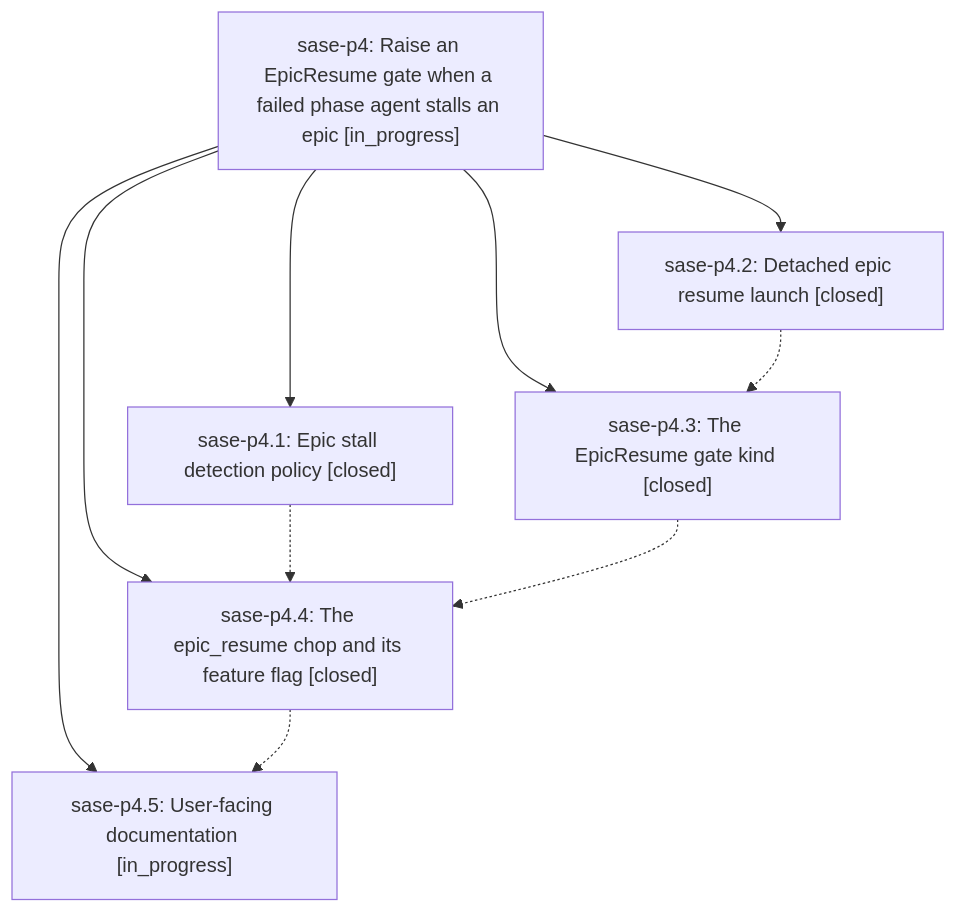
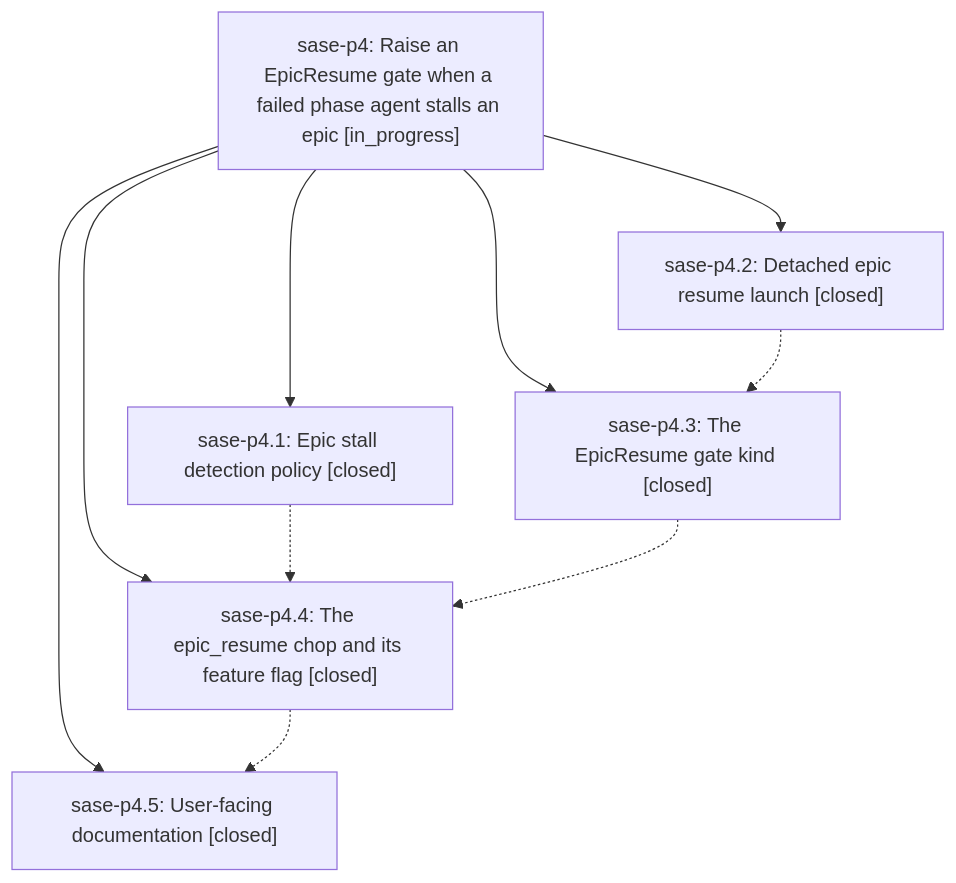
The diagram in pages/sase-p4/README.md (sase-org/sase--beads), drawn with Mermaid before and after one commit. The commit also changed other lines of this file and 2 other files, not shown here.

First line of the commit message:
chore(beads): sync bead state and pages for sase-p4

````diff
--- a/pages/sase-p4/README.md
+++ b/pages/sase-p4/README.md
@@ -47,18 +47,18 @@
 ```mermaid
 flowchart TD
     n0["sase-p4: Raise an EpicResume gate when a failed phase agent stalls an epic [in_progress]"]
     n1["sase-p4.1: Epic stall detection policy [closed]"]
     n2["sase-p4.2: Detached epic resume launch [closed]"]
     n3["sase-p4.3: The EpicResume gate kind [closed]"]
     n4["sase-p4.4: The epic_resume chop and its feature flag [closed]"]
-    n5["sase-p4.5: User-facing documentation [in_progress]"]
+    n5["sase-p4.5: User-facing documentation [closed]"]
     n0 --> n1
     n0 --> n2
     n0 --> n3
     n0 --> n4
     n0 --> n5
     n1 -.-> n4
     n2 -.-> n3
     n3 -.-> n4
     n4 -.-> n5
 ```
````
